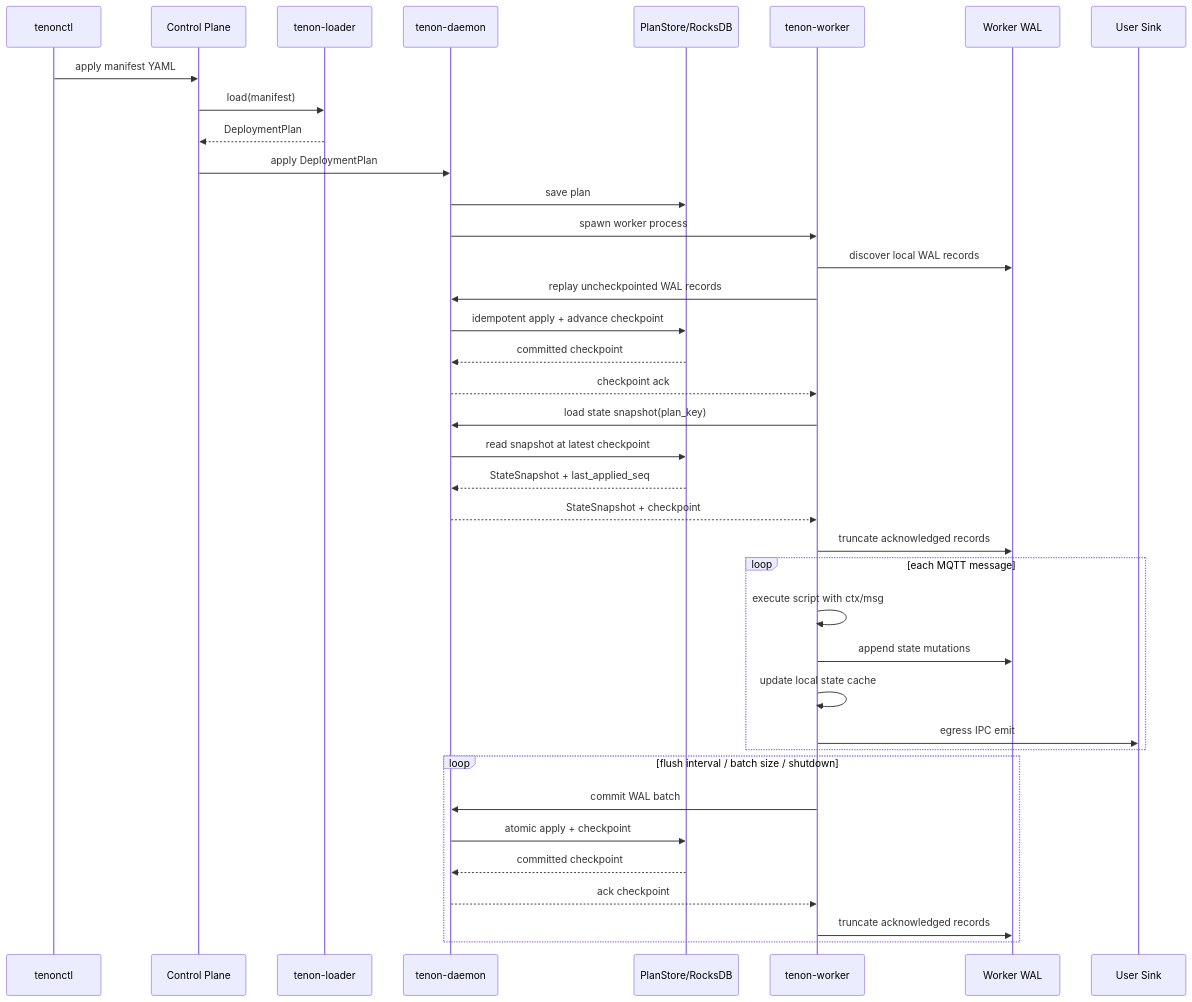
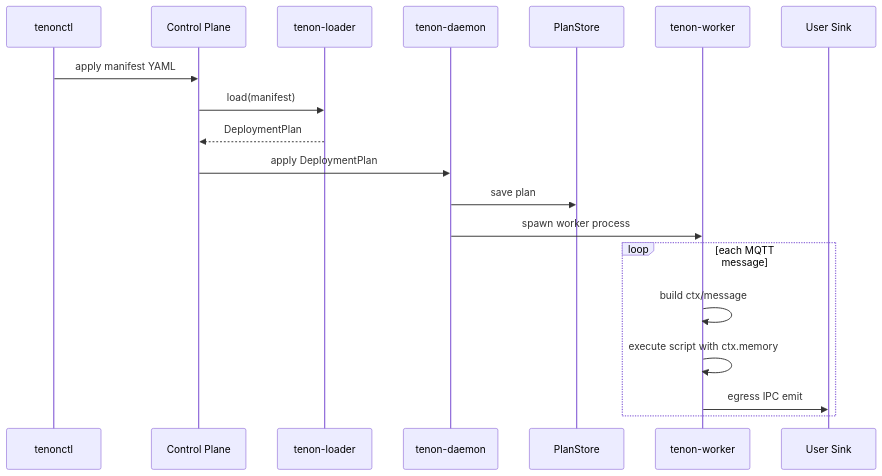
Before and after one commit to Gujiawei-Edinburgh/bifrore: the second of 2 diagrams in design.md, drawn with Mermaid. The commit also changed other lines of this file and 15 other files, not shown here.

Commit message:
1. remove the state store in project; 2. using ctx.memory for better wording.

````diff
--- a/design.md
+++ b/design.md
@@ -282,44 +252,23 @@
 ```mermaid
 sequenceDiagram
   participant CLI as tenonctl
   participant CP as Control Plane
   participant Loader as tenon-loader
   participant Daemon as tenon-daemon
-  participant Store as PlanStore/RocksDB
+  participant Store as PlanStore
   participant Worker as tenon-worker
-  participant WAL as Worker WAL
   participant Sink as User Sink
 
   CLI->>CP: apply manifest YAML
   CP->>Loader: load(manifest)
   Loader-->>CP: DeploymentPlan
   CP->>Daemon: apply DeploymentPlan
   Daemon->>Store: save plan
   Daemon->>Worker: spawn worker process
 
-  Worker->>WAL: discover local WAL records
-  Worker->>Daemon: replay uncheckpointed WAL records
-  Daemon->>Store: idempotent apply + advance checkpoint
-  Store-->>Daemon: committed checkpoint
-  Daemon-->>Worker: checkpoint ack
-  Worker->>Daemon: load state snapshot(plan_key)
-  Daemon->>Store: read snapshot at latest checkpoint
-  Store-->>Daemon: StateSnapshot + last_applied_seq
-  Daemon-->>Worker: StateSnapshot + checkpoint
-  Worker->>WAL: truncate acknowledged records
-
   loop each MQTT message
-    Worker->>Worker: execute script with ctx/msg
-    Worker->>WAL: append state mutations
-    Worker->>Worker: update local state cache
+    Worker->>Worker: build ctx/message
+    Worker->>Worker: execute script with ctx.memory
     Worker->>Sink: egress IPC emit
   end
-
-  loop flush interval / batch size / shutdown
-    Worker->>Daemon: commit WAL batch
-    Daemon->>Store: atomic apply + checkpoint
-    Store-->>Daemon: committed checkpoint
-    Daemon-->>Worker: ack checkpoint
-    Worker->>WAL: truncate acknowledged records
-  end
 ```
````
